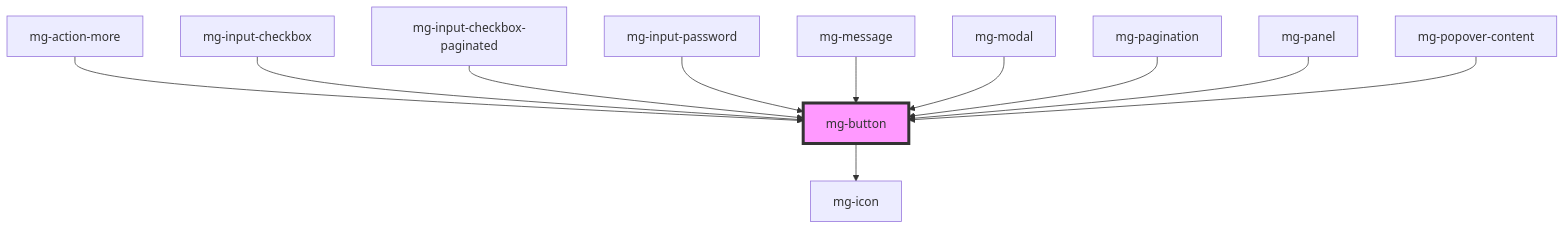
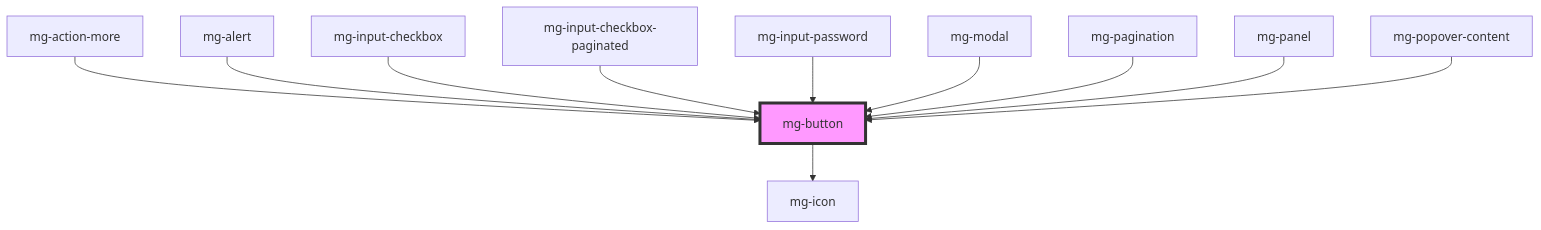
The diagram in packages/mg-components/src/components/atoms/mg-button/readme.md (MGDIS/core-ui), drawn with Mermaid before and after one commit. The commit also changed other lines of this file and 67 other files, not shown here.

First line of the commit message:
feat(mgMessage/mgAlert): move mg-message alert features in a new mg-alert component

````diff
--- a/packages/mg-components/src/components/atoms/mg-button/readme.md
+++ b/packages/mg-components/src/components/atoms/mg-button/readme.md
@@ -130,14 +130,14 @@
 ```mermaid
 graph TD;
   mg-button --> mg-icon
   mg-action-more --> mg-button
+  mg-alert --> mg-button
   mg-input-checkbox --> mg-button
   mg-input-checkbox-paginated --> mg-button
   mg-input-password --> mg-button
-  mg-message --> mg-button
   mg-modal --> mg-button
   mg-pagination --> mg-button
   mg-panel --> mg-button
   mg-popover-content --> mg-button
   style mg-button fill:#f9f,stroke:#333,stroke-width:4px
 ```
````
